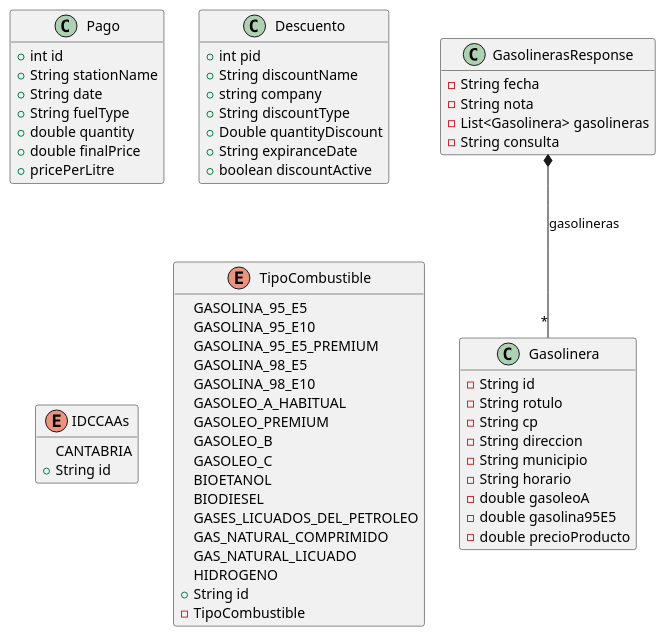
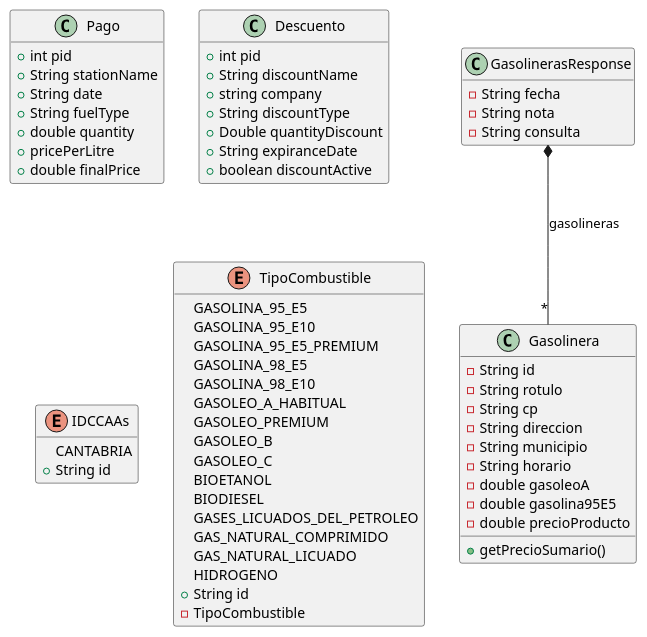
One commit to isunican/App-Gasolineras-Grupo4 changed the diagram in Docs/Models/domain.puml. Above: the diagram before and after it, drawn with PlantUML. The commit also changed 1 other file, not shown here.

```diff
--- a/Docs/Models/domain.puml
+++ b/Docs/Models/domain.puml
@@ -1,70 +1,70 @@
 @startuml
 hide empty members
 
 class Gasolinera {
     - String id
     - String rotulo
     - String cp
     - String direccion
     - String municipio
     - String horario
     - double gasoleoA
     - double gasolina95E5
     - double precioProducto
+    + getPrecioSumario()
 }
 
 class GasolinerasResponse {
     - String fecha
     - String nota
-    - List<Gasolinera> gasolineras
     - String consulta
 }
 
 class Pago {
-    + int id
+    + int pid
     + String stationName
     + String date
     + String fuelType
     + double quantity
+    + pricePerLitre 
     + double finalPrice
-    + pricePerLitre 
 }
 
 class Descuento {
     + int pid
     + String discountName
     + string company
     + String discountType
     + Double quantityDiscount
     + String expiranceDate
     + boolean discountActive
 }
 
 enum IDCCAAs {
     CANTABRIA
     + String id
 }
 
 enum TipoCombustible {
      GASOLINA_95_E5
      GASOLINA_95_E10
      GASOLINA_95_E5_PREMIUM
      GASOLINA_98_E5
      GASOLINA_98_E10
      GASOLEO_A_HABITUAL
      GASOLEO_PREMIUM
      GASOLEO_B
      GASOLEO_C
      BIOETANOL
      BIODIESEL
      GASES_LICUADOS_DEL_PETROLEO
      GAS_NATURAL_COMPRIMIDO
      GAS_NATURAL_LICUADO
      HIDROGENO
     + String id
     - TipoCombustible
 }
 
 
 GasolinerasResponse *-- "*" Gasolinera : gasolineras
 @enduml
```
